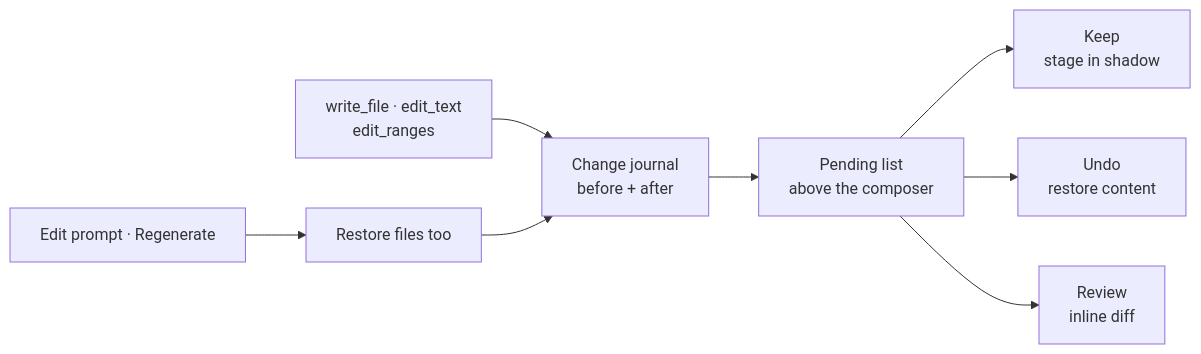
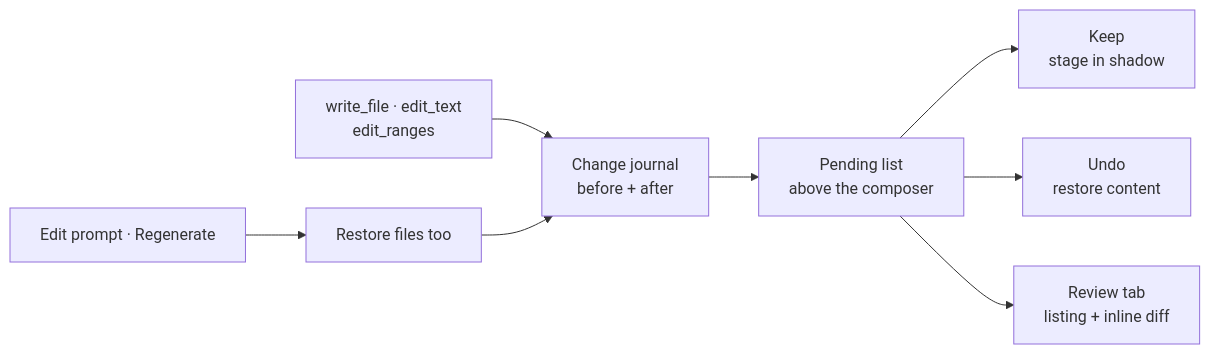
Before and after one commit to zeroDtree/comonad-vscode-extension: the diagram in docs/guide/checkpoints.md, drawn with Mermaid. The commit also changed other lines of this file and 41 other files, not shown here.

````diff
--- a/docs/guide/checkpoints.md
+++ b/docs/guide/checkpoints.md
@@ -7,10 +7,10 @@
 ```mermaid
 flowchart LR
   Write["write_file · edit_text<br/>edit_ranges"] --> Journal["Change journal<br/>before + after"]
   Journal --> Pending["Pending list<br/>above the composer"]
   Pending --> Keep["Keep<br/>stage in shadow"]
   Pending --> Undo["Undo<br/>restore content"]
-  Pending --> Review["Review<br/>inline diff"]
+  Pending --> Review["Review tab<br/>listing + inline diff"]
   Prompt["Edit prompt · Regenerate"] --> Restore["Restore files too"]
   Restore --> Journal
 ```
````
